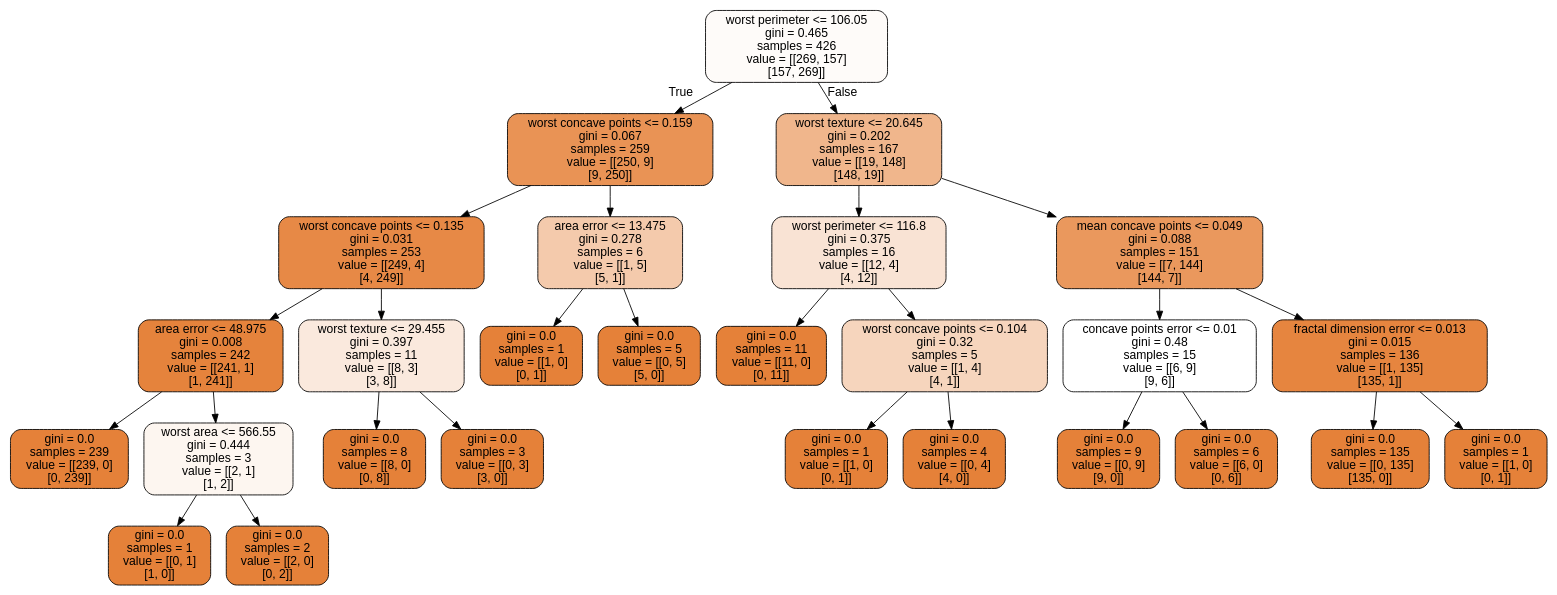
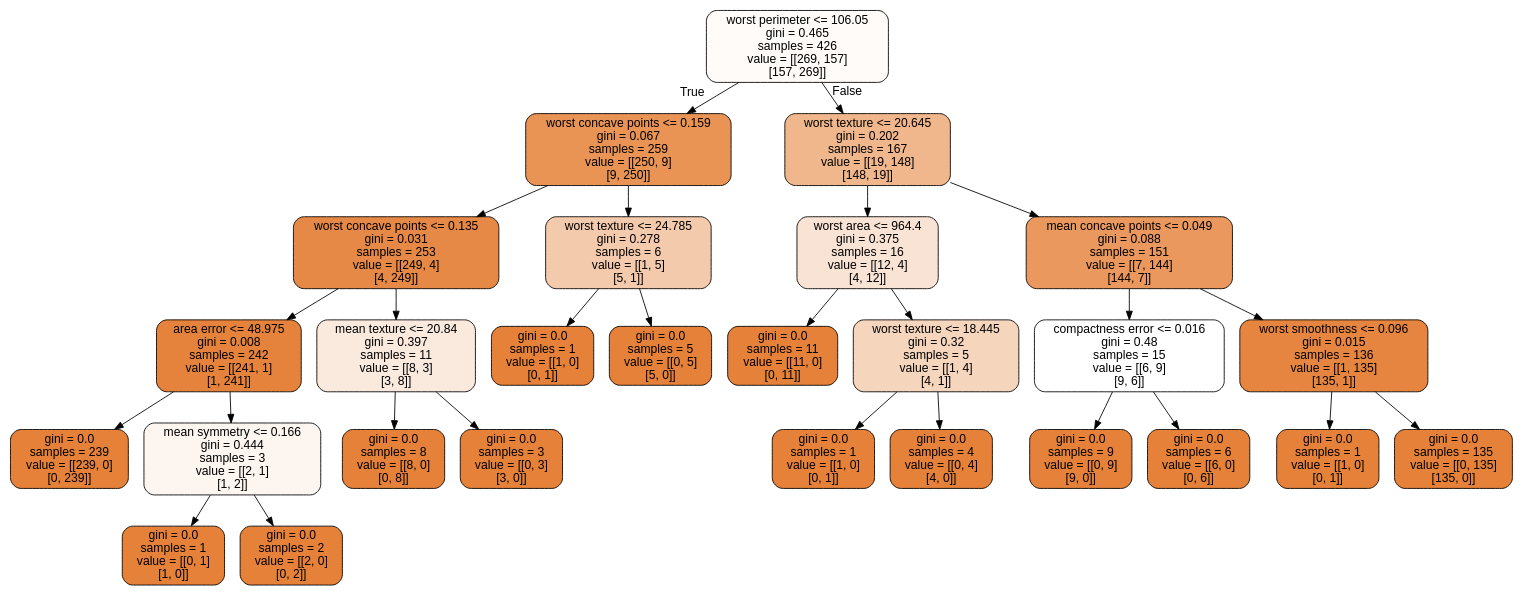
Before and after one commit to CompPhysics/MachineLearning: the diagram in doc/LectureNotes/DataFiles/cancer.dot, drawn with Graphviz. The commit also changed 142 other files, not shown here.

```diff
--- a/doc/LectureNotes/DataFiles/cancer.dot
+++ b/doc/LectureNotes/DataFiles/cancer.dot
@@ -1,57 +1,57 @@
 digraph Tree {
 node [shape=box, style="filled, rounded", color="black", fontname="helvetica"] ;
 edge [fontname="helvetica"] ;
 0 [label="worst perimeter <= 106.05\ngini = 0.465\nsamples = 426\nvalue = [[269, 157]\n[157, 269]]", fillcolor="#fefbf9"] ;
 1 [label="worst concave points <= 0.159\ngini = 0.067\nsamples = 259\nvalue = [[250, 9]\n[9, 250]]", fillcolor="#e99355"] ;
 0 -> 1 [labeldistance=2.5, labelangle=45, headlabel="True"] ;
 2 [label="worst concave points <= 0.135\ngini = 0.031\nsamples = 253\nvalue = [[249, 4]\n[4, 249]]", fillcolor="#e78946"] ;
 1 -> 2 ;
 3 [label="area error <= 48.975\ngini = 0.008\nsamples = 242\nvalue = [[241, 1]\n[1, 241]]", fillcolor="#e5833c"] ;
 2 -> 3 ;
 4 [label="gini = 0.0\nsamples = 239\nvalue = [[239, 0]\n[0, 239]]", fillcolor="#e58139"] ;
 3 -> 4 ;
-5 [label="worst area <= 566.55\ngini = 0.444\nsamples = 3\nvalue = [[2, 1]\n[1, 2]]", fillcolor="#fdf6f0"] ;
+5 [label="mean symmetry <= 0.166\ngini = 0.444\nsamples = 3\nvalue = [[2, 1]\n[1, 2]]", fillcolor="#fdf6f0"] ;
 3 -> 5 ;
 6 [label="gini = 0.0\nsamples = 1\nvalue = [[0, 1]\n[1, 0]]", fillcolor="#e58139"] ;
 5 -> 6 ;
 7 [label="gini = 0.0\nsamples = 2\nvalue = [[2, 0]\n[0, 2]]", fillcolor="#e58139"] ;
 5 -> 7 ;
-8 [label="worst texture <= 29.455\ngini = 0.397\nsamples = 11\nvalue = [[8, 3]\n[3, 8]]", fillcolor="#fae9dd"] ;
+8 [label="mean texture <= 20.84\ngini = 0.397\nsamples = 11\nvalue = [[8, 3]\n[3, 8]]", fillcolor="#fae9dd"] ;
 2 -> 8 ;
 9 [label="gini = 0.0\nsamples = 8\nvalue = [[8, 0]\n[0, 8]]", fillcolor="#e58139"] ;
 8 -> 9 ;
 10 [label="gini = 0.0\nsamples = 3\nvalue = [[0, 3]\n[3, 0]]", fillcolor="#e58139"] ;
 8 -> 10 ;
-11 [label="area error <= 13.475\ngini = 0.278\nsamples = 6\nvalue = [[1, 5]\n[5, 1]]", fillcolor="#f4caac"] ;
+11 [label="worst texture <= 24.785\ngini = 0.278\nsamples = 6\nvalue = [[1, 5]\n[5, 1]]", fillcolor="#f4caac"] ;
 1 -> 11 ;
 12 [label="gini = 0.0\nsamples = 1\nvalue = [[1, 0]\n[0, 1]]", fillcolor="#e58139"] ;
 11 -> 12 ;
 13 [label="gini = 0.0\nsamples = 5\nvalue = [[0, 5]\n[5, 0]]", fillcolor="#e58139"] ;
 11 -> 13 ;
 14 [label="worst texture <= 20.645\ngini = 0.202\nsamples = 167\nvalue = [[19, 148]\n[148, 19]]", fillcolor="#f0b68c"] ;
 0 -> 14 [labeldistance=2.5, labelangle=-45, headlabel="False"] ;
-15 [label="worst perimeter <= 116.8\ngini = 0.375\nsamples = 16\nvalue = [[12, 4]\n[4, 12]]", fillcolor="#f9e3d4"] ;
+15 [label="worst area <= 964.4\ngini = 0.375\nsamples = 16\nvalue = [[12, 4]\n[4, 12]]", fillcolor="#f9e3d4"] ;
 14 -> 15 ;
 16 [label="gini = 0.0\nsamples = 11\nvalue = [[11, 0]\n[0, 11]]", fillcolor="#e58139"] ;
 15 -> 16 ;
-17 [label="worst concave points <= 0.104\ngini = 0.32\nsamples = 5\nvalue = [[1, 4]\n[4, 1]]", fillcolor="#f6d5bd"] ;
+17 [label="worst texture <= 18.445\ngini = 0.32\nsamples = 5\nvalue = [[1, 4]\n[4, 1]]", fillcolor="#f6d5bd"] ;
 15 -> 17 ;
 18 [label="gini = 0.0\nsamples = 1\nvalue = [[1, 0]\n[0, 1]]", fillcolor="#e58139"] ;
 17 -> 18 ;
 19 [label="gini = 0.0\nsamples = 4\nvalue = [[0, 4]\n[4, 0]]", fillcolor="#e58139"] ;
 17 -> 19 ;
 20 [label="mean concave points <= 0.049\ngini = 0.088\nsamples = 151\nvalue = [[7, 144]\n[144, 7]]", fillcolor="#ea985d"] ;
 14 -> 20 ;
-21 [label="concave points error <= 0.01\ngini = 0.48\nsamples = 15\nvalue = [[6, 9]\n[9, 6]]", fillcolor="#ffffff"] ;
+21 [label="compactness error <= 0.016\ngini = 0.48\nsamples = 15\nvalue = [[6, 9]\n[9, 6]]", fillcolor="#ffffff"] ;
 20 -> 21 ;
 22 [label="gini = 0.0\nsamples = 9\nvalue = [[0, 9]\n[9, 0]]", fillcolor="#e58139"] ;
 21 -> 22 ;
 23 [label="gini = 0.0\nsamples = 6\nvalue = [[6, 0]\n[0, 6]]", fillcolor="#e58139"] ;
 21 -> 23 ;
-24 [label="fractal dimension error <= 0.013\ngini = 0.015\nsamples = 136\nvalue = [[1, 135]\n[135, 1]]", fillcolor="#e6853f"] ;
+24 [label="worst smoothness <= 0.096\ngini = 0.015\nsamples = 136\nvalue = [[1, 135]\n[135, 1]]", fillcolor="#e6853f"] ;
 20 -> 24 ;
-25 [label="gini = 0.0\nsamples = 135\nvalue = [[0, 135]\n[135, 0]]", fillcolor="#e58139"] ;
+25 [label="gini = 0.0\nsamples = 1\nvalue = [[1, 0]\n[0, 1]]", fillcolor="#e58139"] ;
 24 -> 25 ;
-26 [label="gini = 0.0\nsamples = 1\nvalue = [[1, 0]\n[0, 1]]", fillcolor="#e58139"] ;
+26 [label="gini = 0.0\nsamples = 135\nvalue = [[0, 135]\n[135, 0]]", fillcolor="#e58139"] ;
 24 -> 26 ;
 }
```
